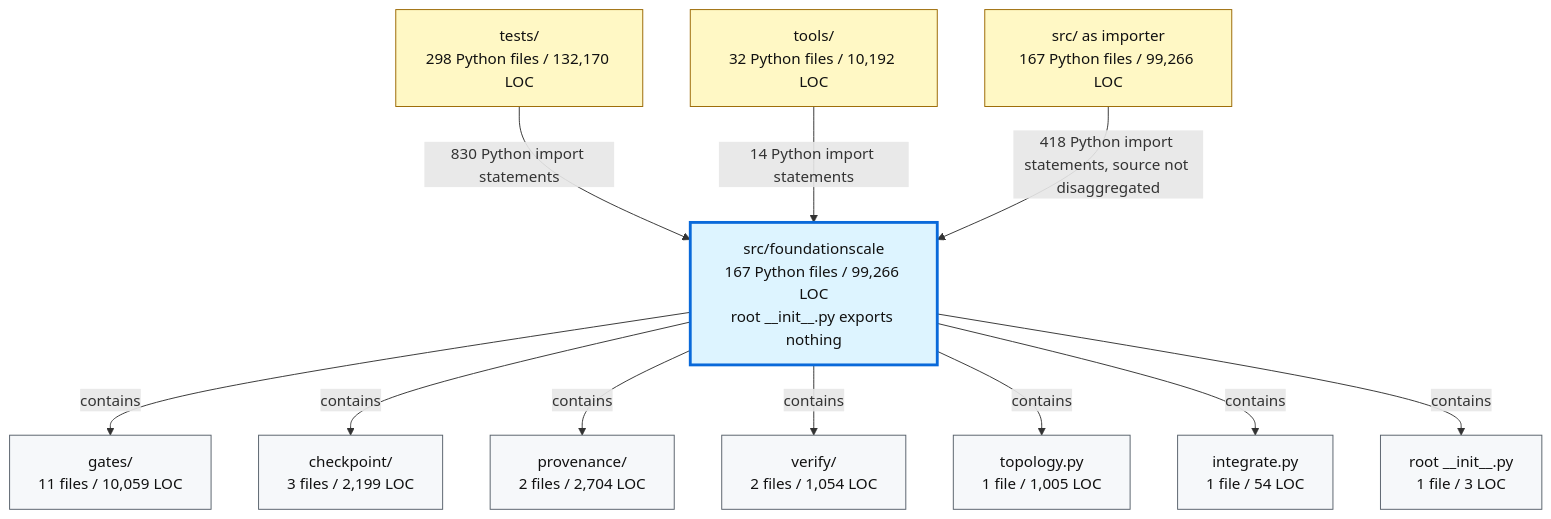
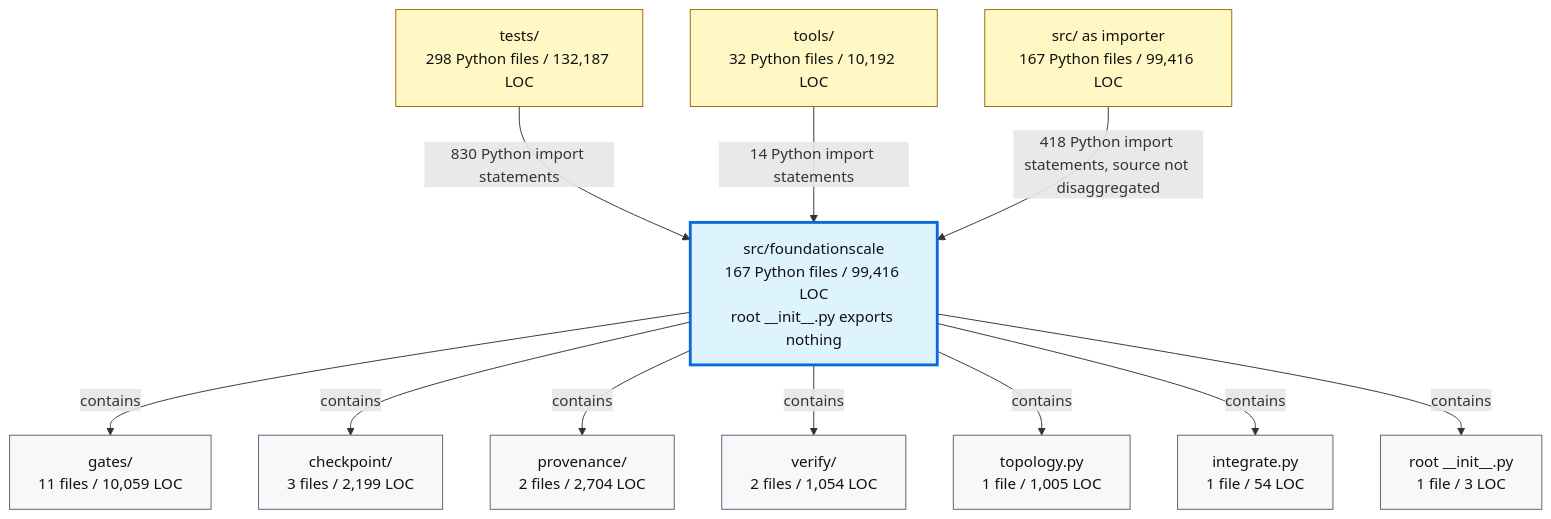
One commit to TranNhiem/FoundationScale changed the second of 2 diagrams in docs/review/D2_current_architecture.md. Above: the diagram before and after it, drawn with Mermaid. The commit also changed other lines of this file and 10 other files, not shown here.

````diff
--- a/docs/review/D2_current_architecture.md
+++ b/docs/review/D2_current_architecture.md
@@ -97,36 +97,36 @@
 ```mermaid
 flowchart TB
-  TESTS["tests/<br/>298 Python files / 132,170 LOC"]
+  TESTS["tests/<br/>298 Python files / 132,187 LOC"]
   TOOLS["tools/<br/>32 Python files / 10,192 LOC"]
-  SRC["src/ as importer<br/>167 Python files / 99,266 LOC"]
+  SRC["src/ as importer<br/>167 Python files / 99,416 LOC"]
 
-  FS["src/foundationscale<br/>167 Python files / 99,266 LOC<br/>root __init__.py exports nothing"]
+  FS["src/foundationscale<br/>167 Python files / 99,416 LOC<br/>root __init__.py exports nothing"]
 
   GATES["gates/<br/>11 files / 10,059 LOC"]
   CKPT["checkpoint/<br/>3 files / 2,199 LOC"]
   PROV["provenance/<br/>2 files / 2,704 LOC"]
   VERIFY["verify/<br/>2 files / 1,054 LOC"]
   TOPO["topology.py<br/>1 file / 1,005 LOC"]
   INTEG["integrate.py<br/>1 file / 54 LOC"]
   ROOT["root __init__.py<br/>1 file / 3 LOC"]
 
   TESTS -->|"830 Python import statements"| FS
   TOOLS -->|"14 Python import statements"| FS
   SRC -->|"418 Python import statements, source not disaggregated"| FS
 
   FS -->|"contains"| GATES
   FS -->|"contains"| CKPT
   FS -->|"contains"| PROV
   FS -->|"contains"| VERIFY
   FS -->|"contains"| TOPO
   FS -->|"contains"| INTEG
   FS -->|"contains"| ROOT
 
   classDef consumer fill:#fff8c5,stroke:#9a6700,color:#111;
   classDef package fill:#ddf4ff,stroke:#0969da,stroke-width:3px,color:#111;
   classDef module fill:#f6f8fa,stroke:#57606a,color:#111;
 
   class TESTS,TOOLS,SRC consumer;
   class FS package;
   class GATES,CKPT,PROV,VERIFY,TOPO,INTEG,ROOT module;
 ```
````
